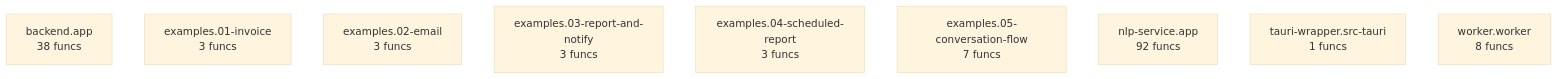
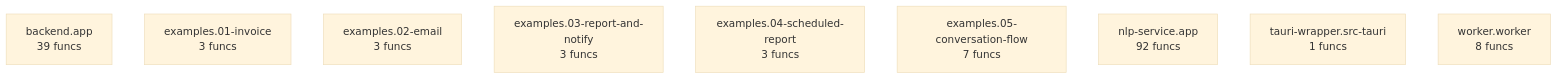
The diagram in project/compact_flow.mmd (wronai/nlp2dsl), drawn with Mermaid (base theme) before and after one commit. The commit also changed 53 other files, not shown here.

```diff
--- a/project/compact_flow.mmd
+++ b/project/compact_flow.mmd
@@ -1,10 +1,10 @@
 flowchart TD
-    backend__app["backend.app<br/>38 funcs"]
+    backend__app["backend.app<br/>39 funcs"]
     examples__01_invoice["examples.01-invoice<br/>3 funcs"]
     examples__02_email["examples.02-email<br/>3 funcs"]
     examples__03_report_and_notify["examples.03-report-and-notify<br/>3 funcs"]
     examples__04_scheduled_report["examples.04-scheduled-report<br/>3 funcs"]
     examples__05_conversation_flow["examples.05-conversation-flow<br/>7 funcs"]
     nlp_service__app["nlp-service.app<br/>92 funcs"]
     tauri_wrapper__src_tauri["tauri-wrapper.src-tauri<br/>1 funcs"]
     worker__worker["worker.worker<br/>8 funcs"]
```
